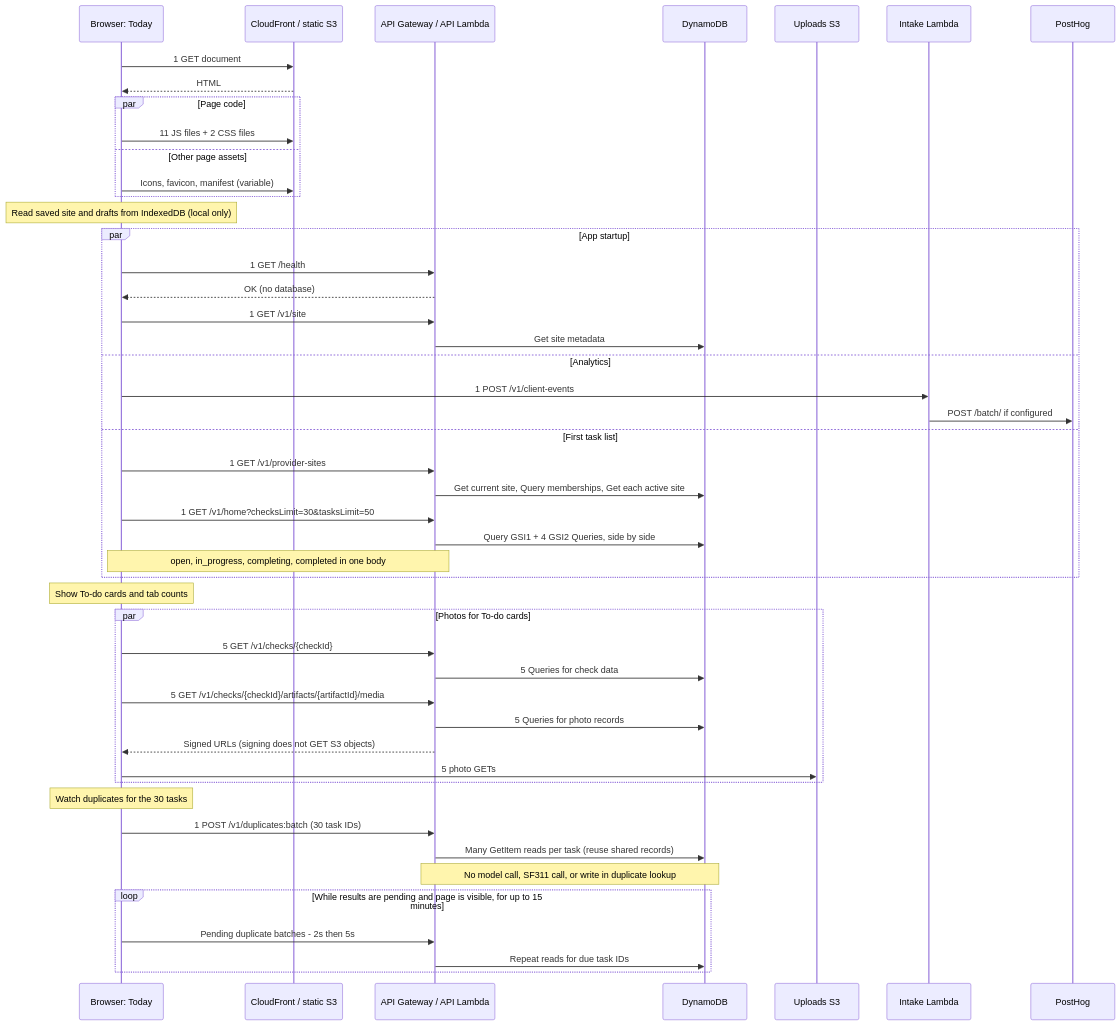
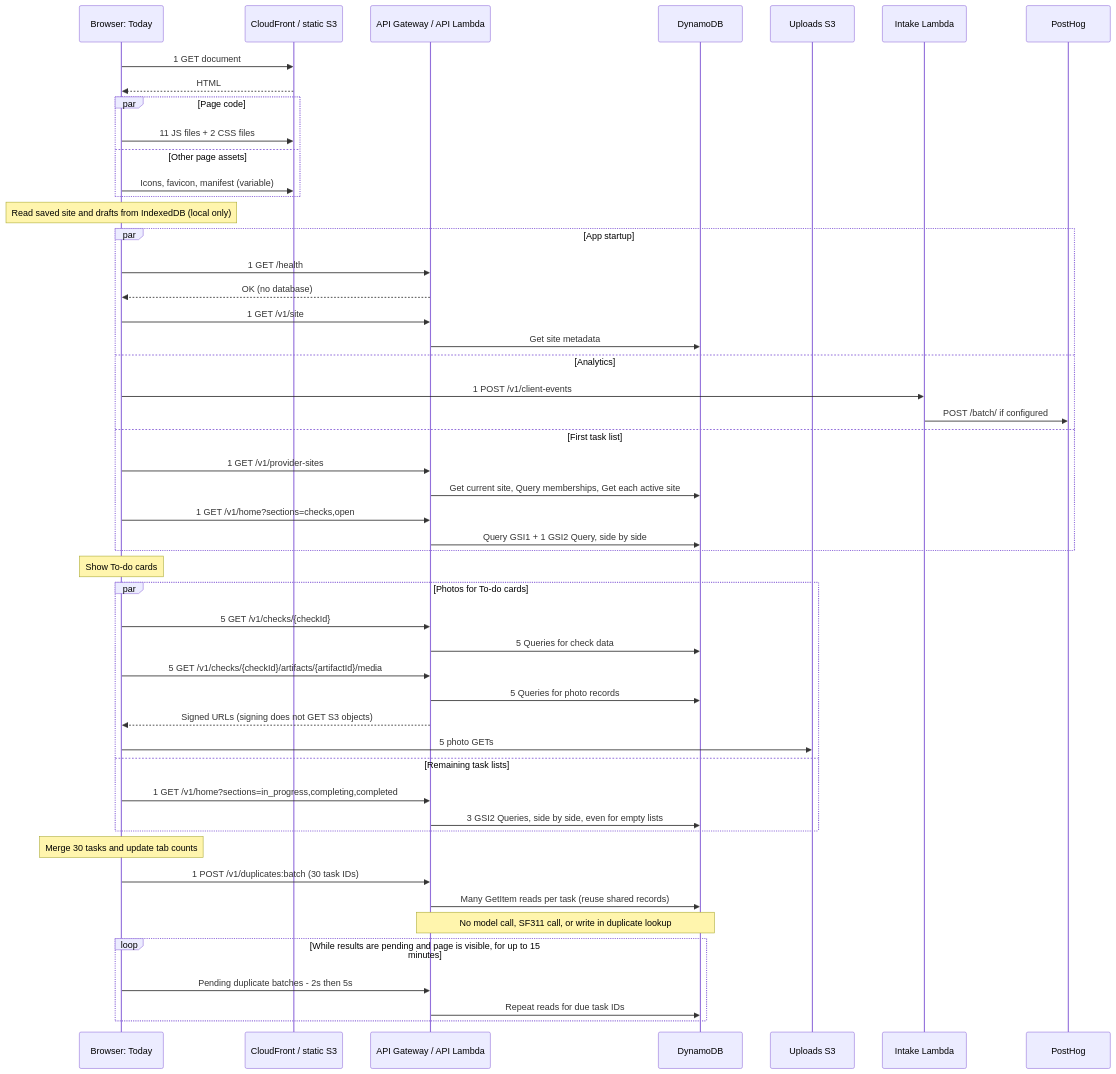
Before and after one commit to Mayor-s-Office-of-Innovation/good-neighbor-app: the diagram in docs/today-load-requests.md, drawn with Mermaid. The commit also changed other lines of this file and 6 other files, not shown here.

````diff
--- a/docs/today-load-requests.md
+++ b/docs/today-load-requests.md
@@ -121,51 +122,53 @@
 ```mermaid
 sequenceDiagram
     participant B as Browser: Today
     participant C as CloudFront / static S3
     participant A as API Gateway / API Lambda
     participant D as DynamoDB
     participant S as Uploads S3
     participant I as Intake Lambda
     participant P as PostHog
 
     B->>C: 1 GET document
     C-->>B: HTML
     par Page code
         B->>C: 11 JS files + 2 CSS files
     and Other page assets
         B->>C: Icons, favicon, manifest (variable)
     end
     Note over B: Read saved site and drafts from IndexedDB (local only)
     par App startup
         B->>A: 1 GET /health
         A-->>B: OK (no database)
         B->>A: 1 GET /v1/site
         A->>D: Get site metadata
     and Analytics
         B->>I: 1 POST /v1/client-events
         I->>P: POST /batch/ if configured
     and First task list
         B->>A: 1 GET /v1/provider-sites
         A->>D: Get current site, Query memberships, Get each active site
-        B->>A: 1 GET /v1/home?checksLimit=30&tasksLimit=50
-        A->>D: Query GSI1 + 4 GSI2 Queries, side by side
-        Note over B,A: open, in_progress, completing, completed in one body
+        B->>A: 1 GET /v1/home?sections=checks,open
+        A->>D: Query GSI1 + 1 GSI2 Query, side by side
     end
-    Note over B: Show To-do cards and tab counts
+    Note over B: Show To-do cards
     par Photos for To-do cards
         B->>A: 5 GET /v1/checks/{checkId}
         A->>D: 5 Queries for check data
         B->>A: 5 GET /v1/checks/{checkId}/artifacts/{artifactId}/media
         A->>D: 5 Queries for photo records
         A-->>B: Signed URLs (signing does not GET S3 objects)
         B->>S: 5 photo GETs
+    and Remaining task lists
+        B->>A: 1 GET /v1/home?sections=in_progress,completing,completed
+        A->>D: 3 GSI2 Queries, side by side, even for empty lists
     end
-    Note over B: Watch duplicates for the 30 tasks
+    Note over B: Merge 30 tasks and update tab counts
     B->>A: 1 POST /v1/duplicates:batch (30 task IDs)
     A->>D: Many GetItem reads per task (reuse shared records)
     Note over A,D: No model call, SF311 call, or write in duplicate lookup
     loop While results are pending and page is visible, for up to 15 minutes
         B->>A: Pending duplicate batches - 2s then 5s
         A->>D: Repeat reads for due task IDs
     end
 ```
````
